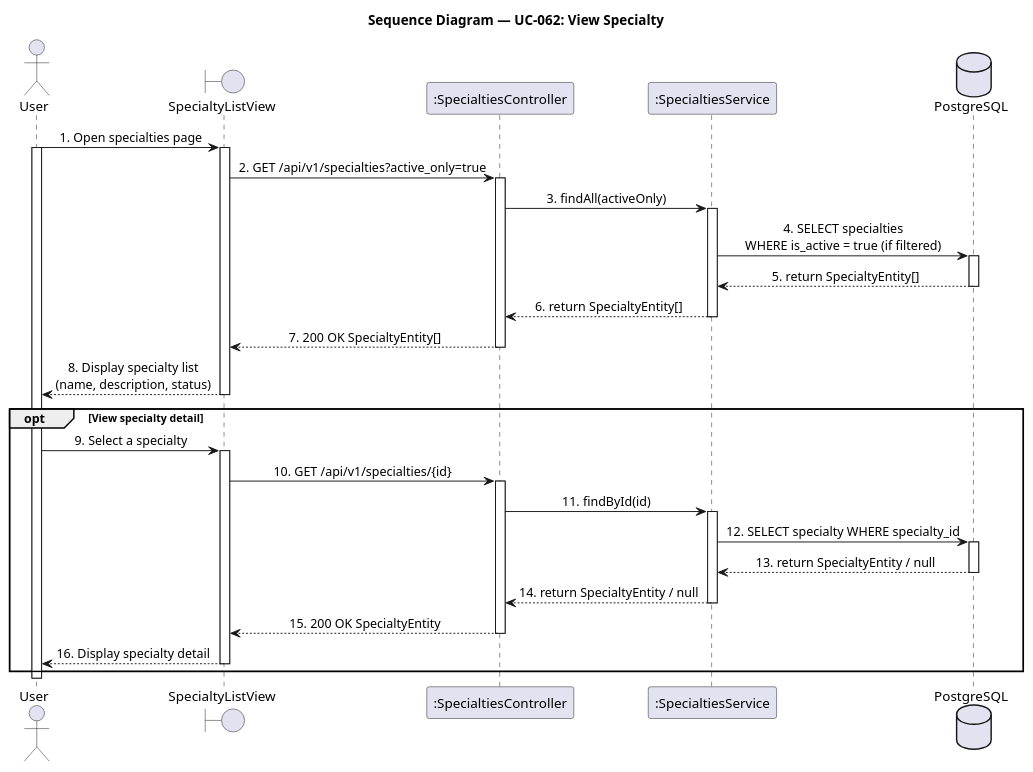
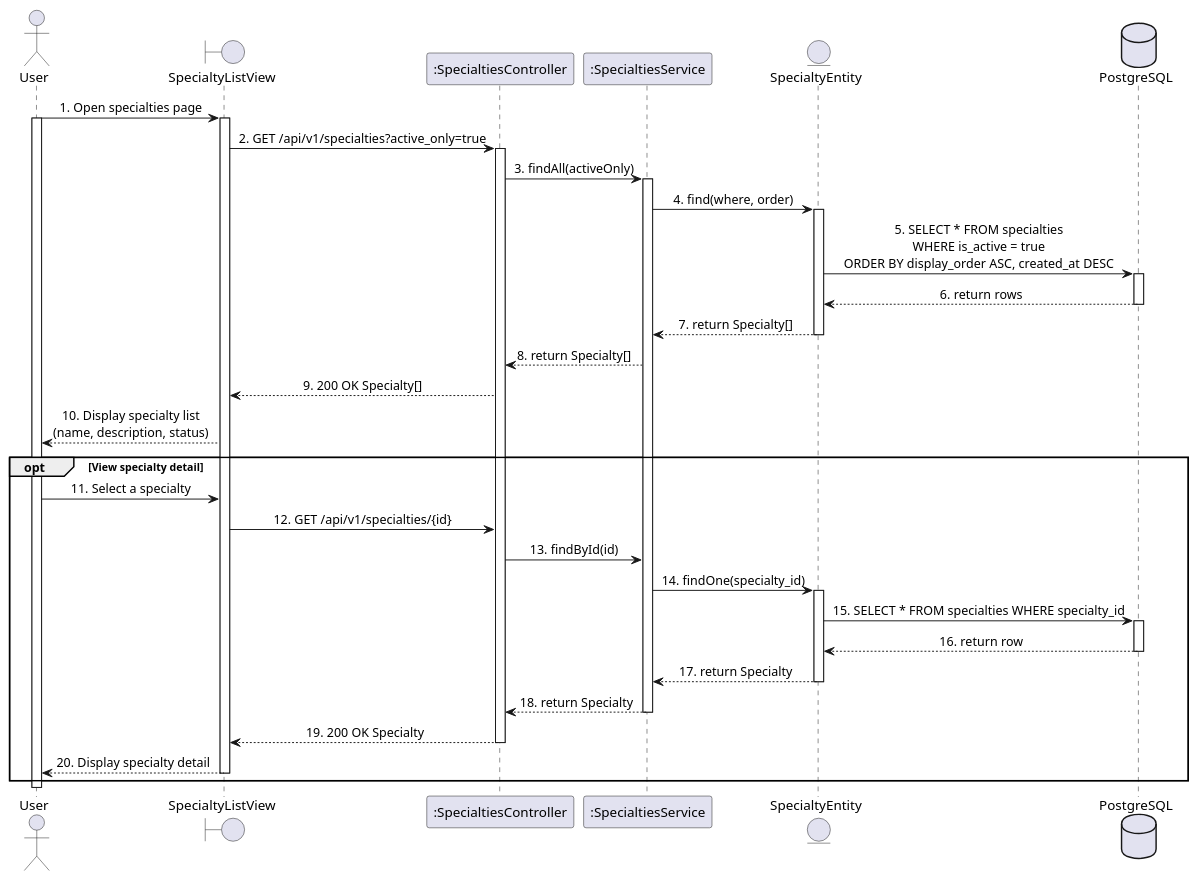
Before and after one commit to LTPPPP/Smart-Medical-Intelligent-Ledger-for-E-health-S.M.I.L.E-: the diagram in docs/sequence-diagram/UC62_ViewSpecialty.puml, drawn with PlantUML. The commit also changed 114 other files, not shown here.

Commit message:
feat: complete class,sequence

```diff
--- a/docs/sequence-diagram/UC62_ViewSpecialty.puml
+++ b/docs/sequence-diagram/UC62_ViewSpecialty.puml
@@ -1,64 +1,65 @@
 @startuml SequenceDiagram
 skinparam shadowing false
 skinparam sequenceMessageAlign center
-
-title Sequence Diagram — UC-062: View Specialty
-
 actor "User" as user
-boundary "SpecialtyListView" as form
+boundary "SpecialtyListView" as page
 participant ":SpecialtiesController" as ctrl
 participant ":SpecialtiesService" as specSvc
+entity "SpecialtyEntity" as specEntity
 database "PostgreSQL" as db
 
-user -> form : 1. Open specialties page
+user -> page : 1. Open specialties page
 activate user
-activate form
+activate page
 
-form -> ctrl : 2. GET /api/v1/specialties?active_only=true
+page -> ctrl : 2. GET /api/v1/specialties?active_only=true
 activate ctrl
 
 ctrl -> specSvc : 3. findAll(activeOnly)
 activate specSvc
 
-specSvc -> db : 4. SELECT specialties\nWHERE is_active = true (if filtered)
+specSvc -> specEntity : 4. find(where, order)
+activate specEntity
+specEntity -> db : 5. SELECT * FROM specialties\nWHERE is_active = true\nORDER BY display_order ASC, created_at DESC
 activate db
-db --> specSvc : 5. return SpecialtyEntity[]
+db --> specEntity : 6. return rows
 deactivate db
+specEntity --> specSvc : 7. return Specialty[]
+deactivate specEntity
 
-specSvc --> ctrl : 6. return SpecialtyEntity[]
-deactivate specSvc
+specSvc --> ctrl : 8. return Specialty[]
 
-ctrl --> form : 7. 200 OK SpecialtyEntity[]
-deactivate ctrl
+ctrl --> page : 9. 200 OK Specialty[]
 
-form --> user : 8. Display specialty list\n(name, description, status)
-deactivate form
+page --> user : 10. Display specialty list\n(name, description, status)
 
 opt View specialty detail
-  user -> form : 9. Select a specialty
-  activate form
+  user -> page : 11. Select a specialty
 
-  form -> ctrl : 10. GET /api/v1/specialties/{id}
-  activate ctrl
+  page -> ctrl : 12. GET /api/v1/specialties/{id}
 
-  ctrl -> specSvc : 11. findById(id)
-  activate specSvc
+  ctrl -> specSvc : 13. findById(id)
 
-  specSvc -> db : 12. SELECT specialty WHERE specialty_id
+  specSvc -> specEntity : 14. findOne(specialty_id)
+  activate specEntity
+  specEntity -> db : 15. SELECT * FROM specialties WHERE specialty_id
   activate db
-  db --> specSvc : 13. return SpecialtyEntity / null
+  db --> specEntity : 16. return row
   deactivate db
+  specEntity --> specSvc : 17. return Specialty
+  deactivate specEntity
 
-  specSvc --> ctrl : 14. return SpecialtyEntity / null
-  deactivate specSvc
+  specSvc --> ctrl : 18. return Specialty
+deactivate specSvc
+  ctrl --> page : 19. 200 OK Specialty
 
-  ctrl --> form : 15. 200 OK SpecialtyEntity
-  deactivate ctrl
+deactivate ctrl
+  page --> user : 20. Display specialty detail
+  deactivate page
+end
 
-  form --> user : 16. Display specialty detail
-  deactivate form
-end
+
 
 deactivate user
 
 @enduml
```
